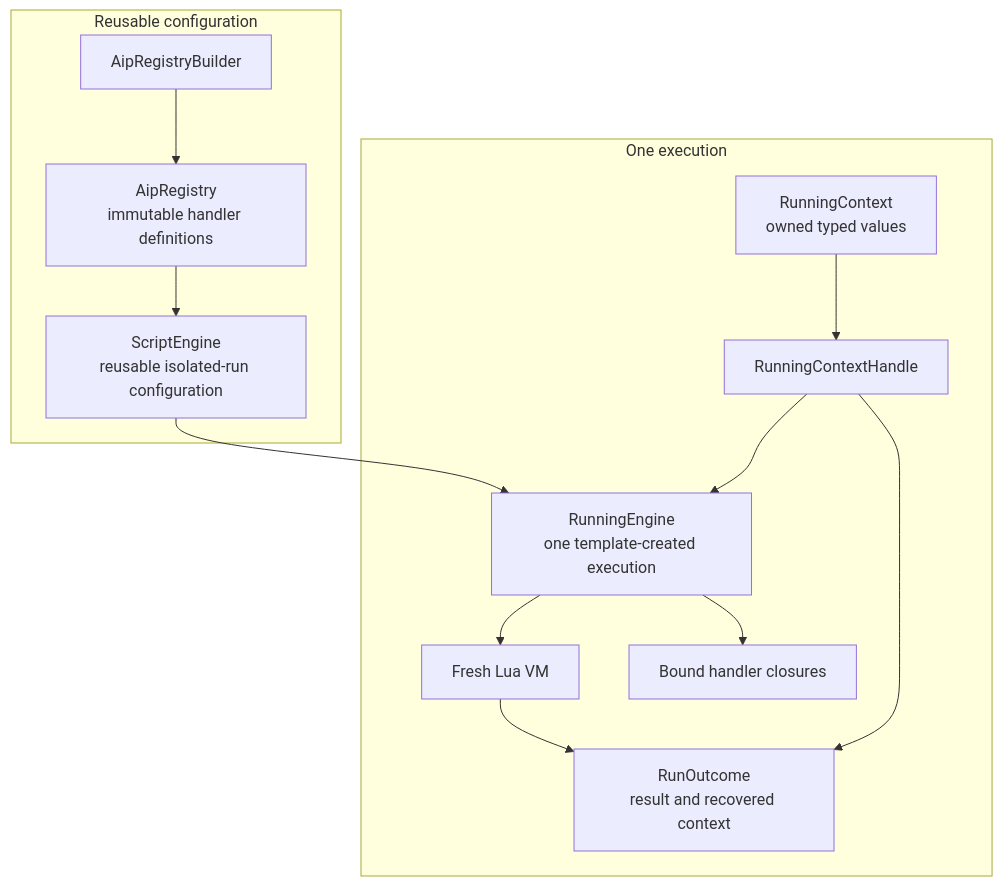
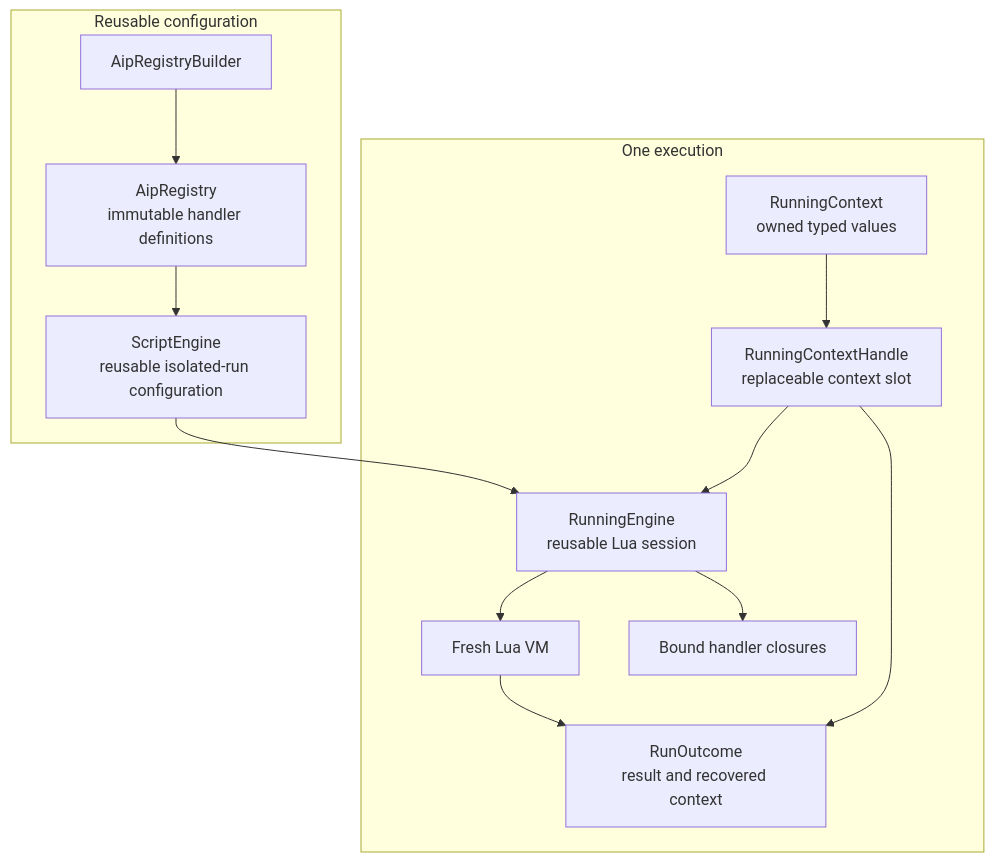
Before and after one commit to zcoder-run/aiprog: the diagram in dev/specs/spec-engine.md, drawn with Mermaid. The commit also changed other lines of this file and 3 other files, not shown here.

Commit message:
> refator - running engine to be recallable

````diff
--- a/dev/specs/spec-engine.md
+++ b/dev/specs/spec-engine.md
@@ -45,29 +45,29 @@
 ```mermaid
 flowchart TD
 	subgraph reusable["Reusable configuration"]
 		builder["AipRegistryBuilder"]
 		registry["AipRegistry<br/>immutable handler definitions"]
 		engine["ScriptEngine<br/>reusable isolated-run configuration"]
 
 		builder --> registry
 		registry --> engine
 	end
 
 	subgraph execution["One execution"]
 		context["RunningContext<br/>owned typed values"]
-		handle["RunningContextHandle"]
-		running["RunningEngine<br/>one template-created execution"]
+		handle["RunningContextHandle<br/>replaceable context slot"]
+		running["RunningEngine<br/>reusable Lua session"]
 		lua["Fresh Lua VM"]
 		handlers["Bound handler closures"]
 		outcome["RunOutcome<br/>result and recovered context"]
 
 		context --> handle
 		engine --> running
 		handle --> running
 		running --> lua
 		running --> handlers
 		lua --> outcome
 		handle --> outcome
 	end
 
 ```
````
